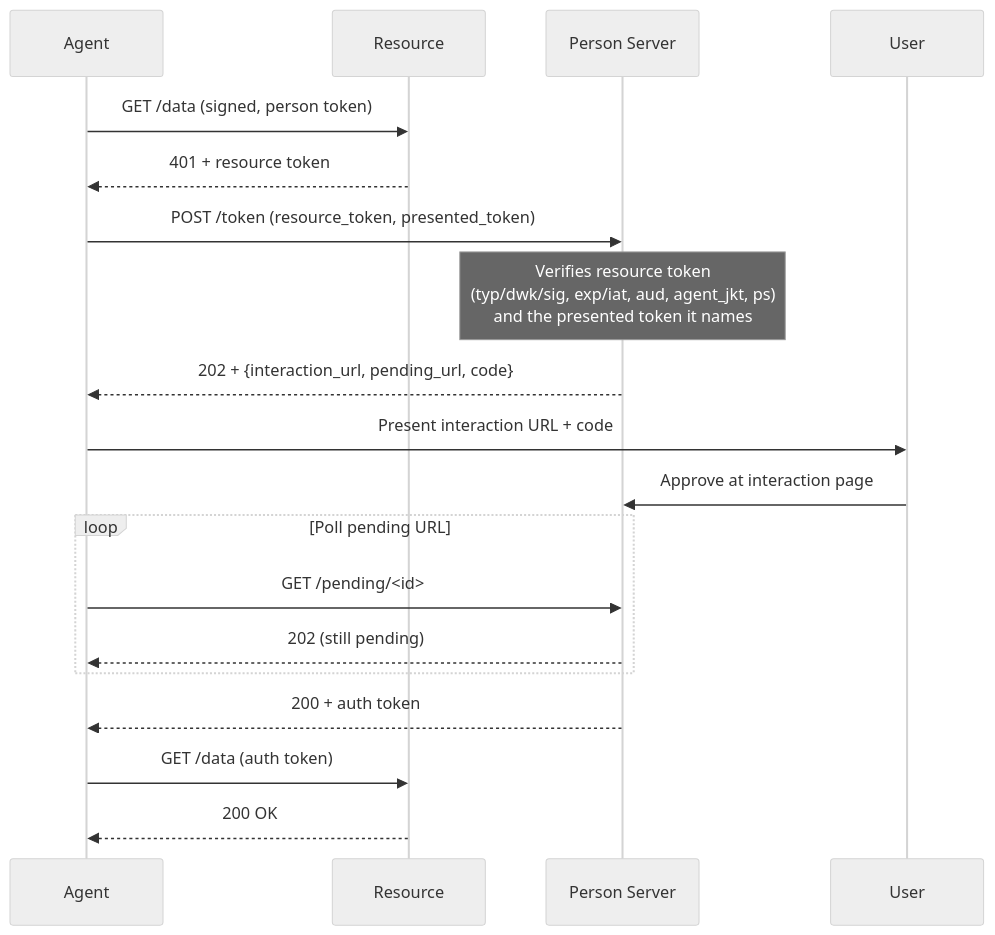
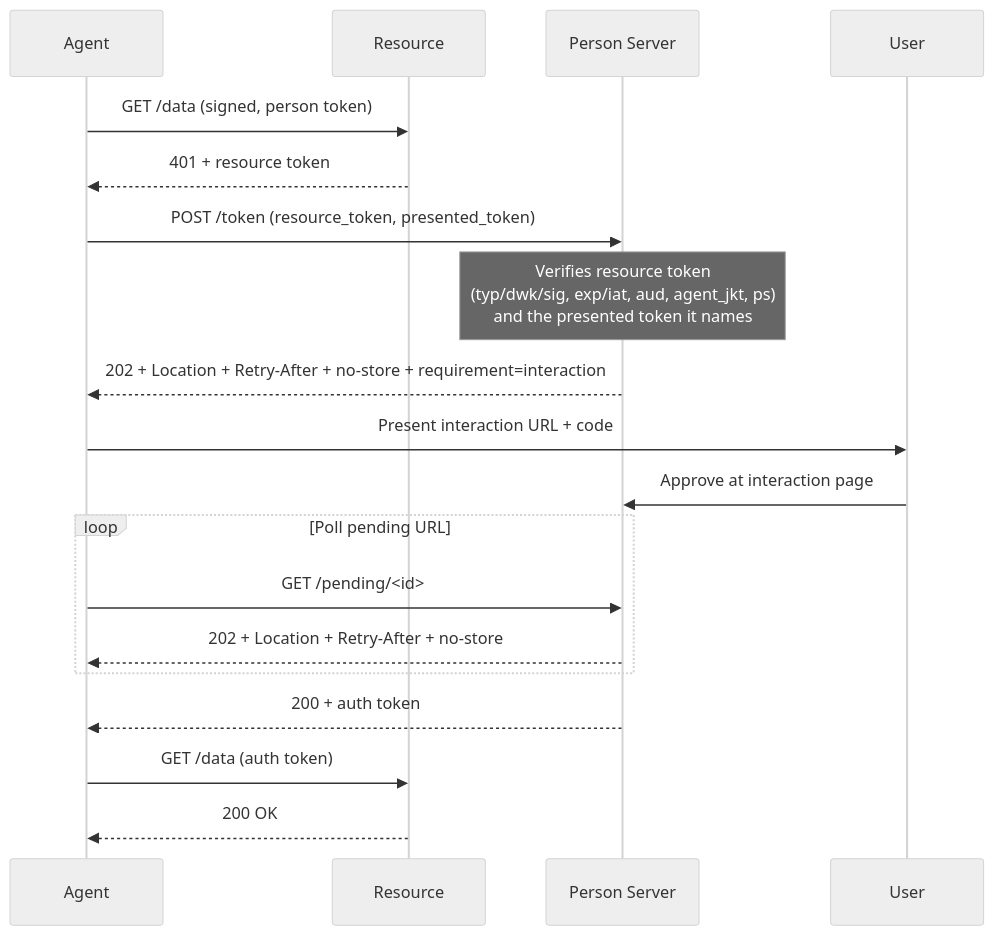
One commit to aauth-dev/dotnet-samples changed the diagram in docs/workflows/deferred-consent.md. Above: the diagram before and after it, drawn with Mermaid (neutral theme). The commit also changed other lines of this file and 27 other files, not shown here.

````diff
--- a/docs/workflows/deferred-consent.md
+++ b/docs/workflows/deferred-consent.md
@@ -7,21 +7,21 @@
 ```mermaid
 sequenceDiagram
     participant Agent
     participant Resource
     participant PS as Person Server
     participant User
     Agent->>Resource: GET /data (signed, person token)
     Resource-->>Agent: 401 + resource token
     Agent->>PS: POST /token (resource_token, presented_token)
     Note over PS: Verifies resource token<br/>(typ/dwk/sig, exp/iat, aud, agent_jkt, ps)<br/>and the presented token it names
-    PS-->>Agent: 202 + {interaction_url, pending_url, code}
+    PS-->>Agent: 202 + Location + Retry-After + no-store + requirement=interaction
     Agent->>User: Present interaction URL + code
     User->>PS: Approve at interaction page
     loop Poll pending URL
         Agent->>PS: GET /pending/<id>
-        PS-->>Agent: 202 (still pending)
+        PS-->>Agent: 202 + Location + Retry-After + no-store
     end
     PS-->>Agent: 200 + auth token
     Agent->>Resource: GET /data (auth token)
     Resource-->>Agent: 200 OK
 ```
````
